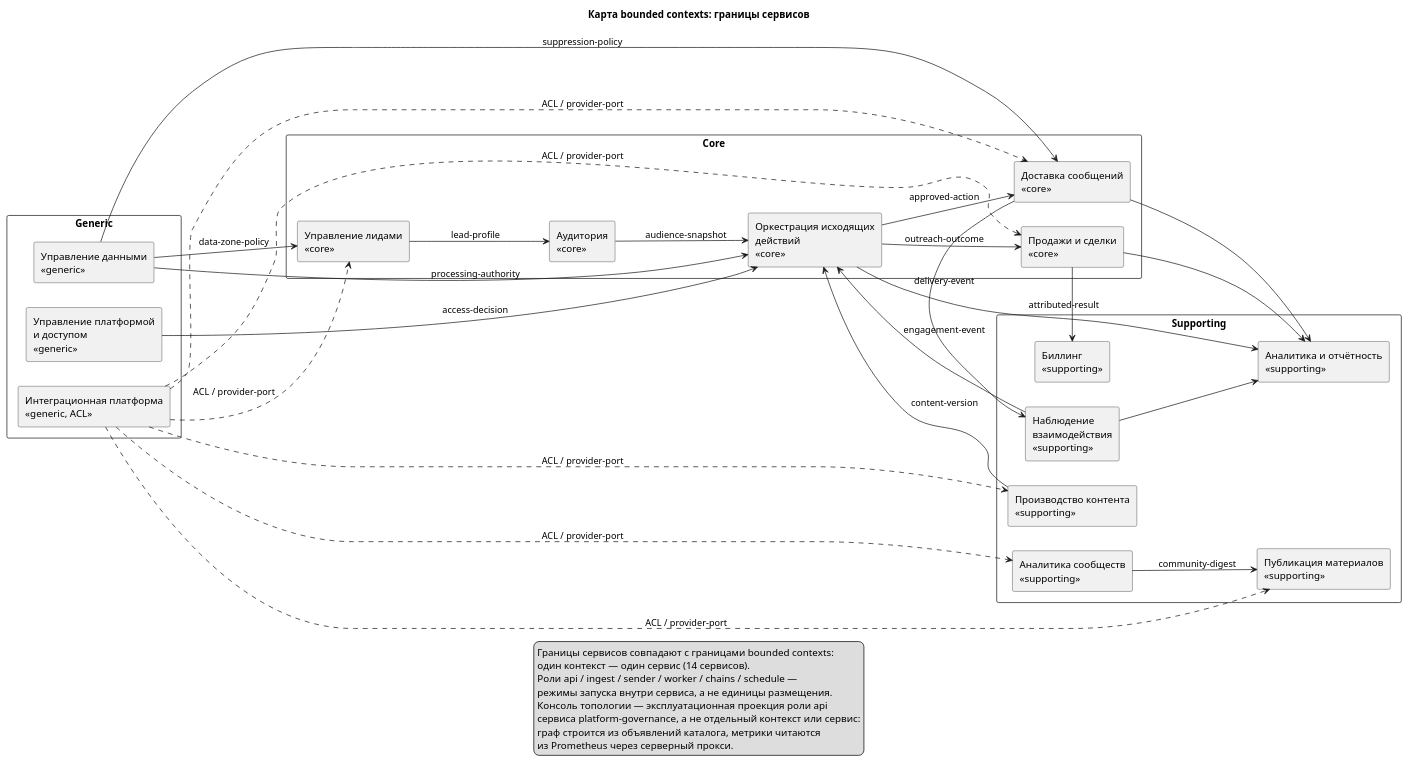
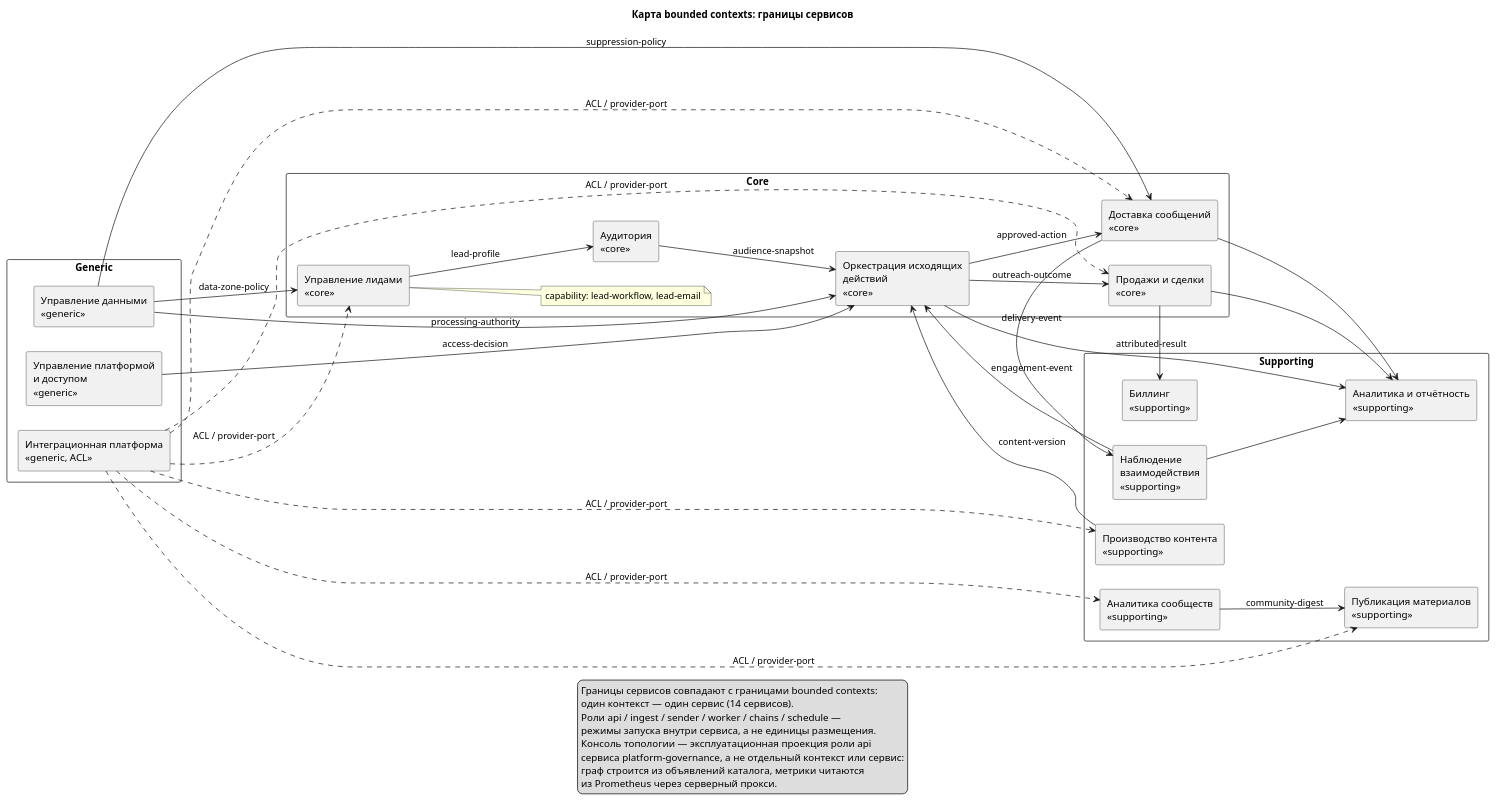
The diagram in architecture/diagrams/bounded-context-map.puml (kegazani/lead-gen), drawn with PlantUML before and after one commit. The commit also changed 451 other files, not shown here.

```diff
--- a/architecture/diagrams/bounded-context-map.puml
+++ b/architecture/diagrams/bounded-context-map.puml
@@ -1,78 +1,81 @@
 @startuml bounded-context-map
 title Карта bounded contexts: границы сервисов
 left to right direction
 skinparam componentStyle rectangle
 skinparam packageStyle rectangle
 skinparam shadowing false
 
 package "Generic" {
   rectangle "Управление платформой\nи доступом\n<<generic>>" as Platform
   rectangle "Управление данными\n<<generic>>" as Governance
   rectangle "Интеграционная платформа\n<<generic, ACL>>" as Integration
 }
 package "Core" {
   rectangle "Управление лидами\n<<core>>" as Leads
+  note right of Leads
+    capability: lead-workflow, lead-email
+  end note
   rectangle "Аудитория\n<<core>>" as Audience
   rectangle "Оркестрация исходящих\nдействий\n<<core>>" as Outreach
   rectangle "Доставка сообщений\n<<core>>" as Delivery
   rectangle "Продажи и сделки\n<<core>>" as Sales
 }
 package "Supporting" {
   rectangle "Производство контента\n<<supporting>>" as Content
   rectangle "Наблюдение\nвзаимодействия\n<<supporting>>" as Engagement
   rectangle "Аналитика сообществ\n<<supporting>>" as Community
   rectangle "Публикация материалов\n<<supporting>>" as Publishing
   rectangle "Аналитика и отчётность\n<<supporting>>" as Analytics
   rectangle "Биллинг\n<<supporting>>" as Billing
 }
 
 Governance --> Leads : data-zone-policy
 Governance --> Outreach : processing-authority
 Governance --> Delivery : suppression-policy
 Platform --> Outreach : access-decision
 Leads --> Audience : lead-profile
 Audience --> Outreach : audience-snapshot
 Content --> Outreach : content-version
 Outreach --> Delivery : approved-action
 Delivery --> Engagement : delivery-event
 Engagement --> Outreach : engagement-event
 Outreach --> Sales : outreach-outcome
 Sales --> Billing : attributed-result
 Community --> Publishing : community-digest
 Outreach --> Analytics
 Delivery --> Analytics
 Engagement --> Analytics
 Sales --> Analytics
 Integration ..> Leads : ACL / provider-port
 Integration ..> Content : ACL / provider-port
 Integration ..> Delivery : ACL / provider-port
 Integration ..> Sales : ACL / provider-port
 Integration ..> Community : ACL / provider-port
 Integration ..> Publishing : ACL / provider-port
 
 legend bottom
   Границы сервисов совпадают с границами bounded contexts:
   один контекст — один сервис (14 сервисов).
   Роли api / ingest / sender / worker / chains / schedule —
   режимы запуска внутри сервиса, а не единицы размещения.
   Консоль топологии — эксплуатационная проекция роли api
   сервиса platform-governance, а не отдельный контекст или сервис:
   граф строится из объявлений каталога, метрики читаются
   из Prometheus через серверный прокси.
 endlegend
 
 ' CTX:platform-governance
 ' CTX:data-governance
 ' CTX:lead-management
 ' CTX:audience
 ' CTX:content-production
 ' CTX:outreach-orchestration
 ' CTX:message-delivery
 ' CTX:engagement-observation
 ' CTX:sales-workflow
 ' CTX:community-intelligence
 ' CTX:publishing
 ' CTX:analytics
 ' CTX:billing
 ' CTX:integration-platform
 @enduml
```
